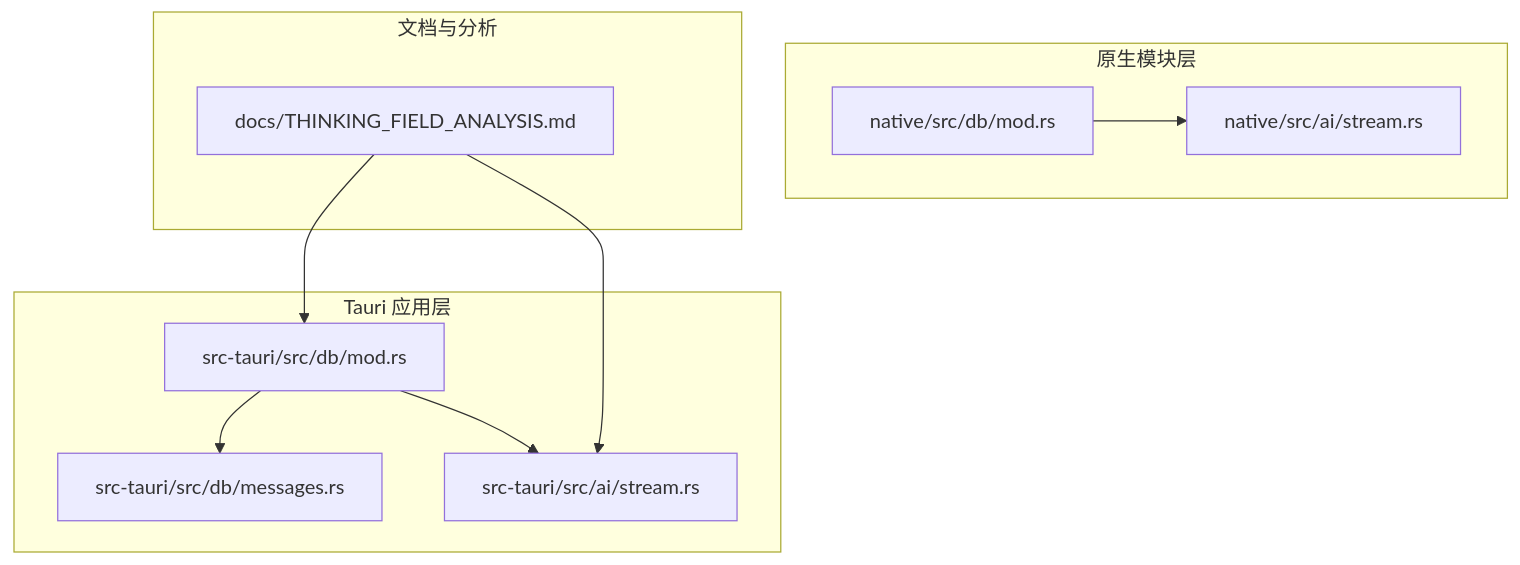
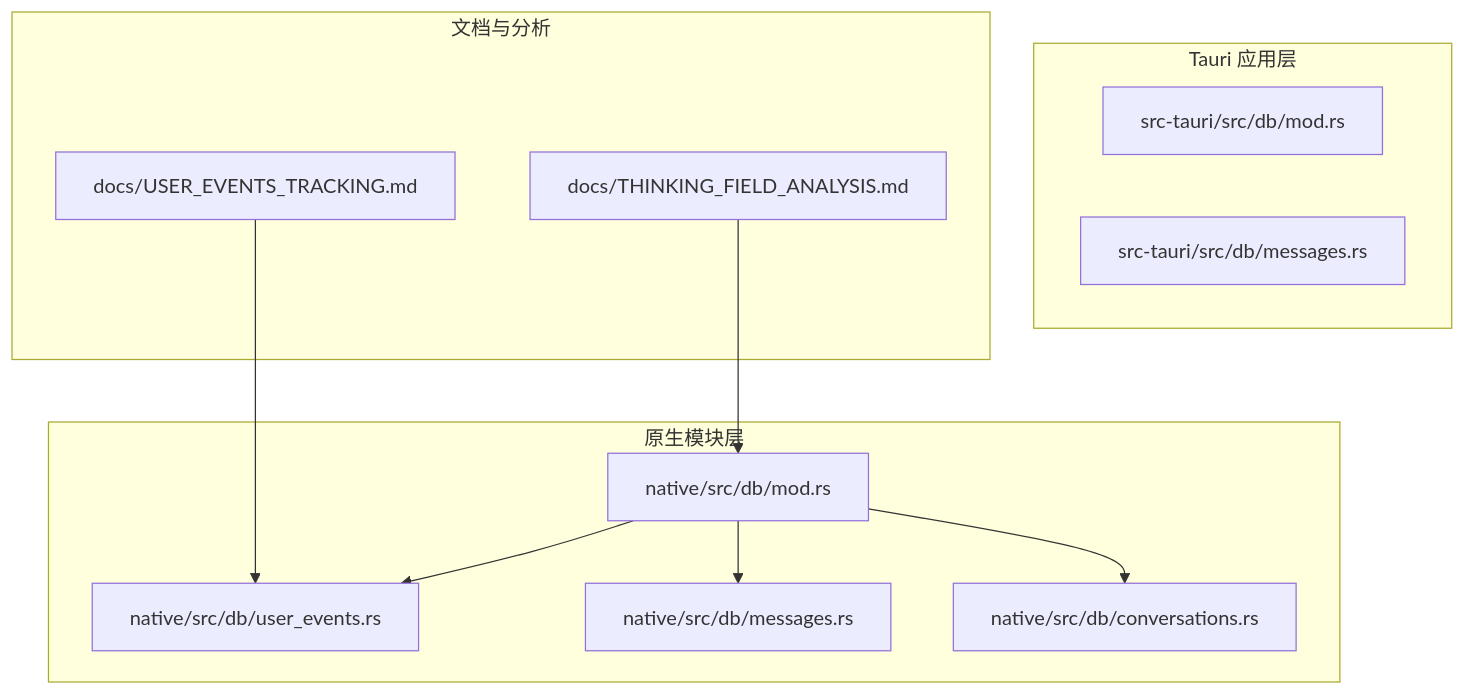
One commit to baike08/cosurf changed the first of 11 diagrams in .qoder/repowiki/zh/content/数据库设计/数据迁移策略.md. Above: the diagram before and after it, drawn with Mermaid. The commit also changed other lines of this file and 23 other files, not shown here.

````diff
--- a/.qoder/repowiki/zh/content/数据库设计/数据迁移策略.md
+++ b/.qoder/repowiki/zh/content/数据库设计/数据迁移策略.md
@@ -33,20 +42,22 @@
 ```mermaid
 graph TB
 subgraph "Tauri 应用层"
 TAURI_DB[src-tauri/src/db/mod.rs]
 TAURI_MESSAGES[src-tauri/src/db/messages.rs]
-TAURI_AI_STREAM[src-tauri/src/ai/stream.rs]
 end
 subgraph "原生模块层"
 NATIVE_DB[native/src/db/mod.rs]
-NATIVE_AI_STREAM[native/src/ai/stream.rs]
+NATIVE_USER_EVENTS[native/src/db/user_events.rs]
+NATIVE_MESSAGES[native/src/db/messages.rs]
+NATIVE_CONVERSATIONS[native/src/db/conversations.rs]
 end
 subgraph "文档与分析"
-DOCS[docs/THINKING_FIELD_ANALYSIS.md]
+DOCS[docs/USER_EVENTS_TRACKING.md]
+ANALYSIS[docs/THINKING_FIELD_ANALYSIS.md]
 end
-TAURI_DB --> TAURI_MESSAGES
-TAURI_DB --> TAURI_AI_STREAM
-NATIVE_DB --> NATIVE_AI_STREAM
-DOCS --> TAURI_AI_STREAM
-DOCS --> TAURI_DB
+NATIVE_DB --> NATIVE_USER_EVENTS
+NATIVE_DB --> NATIVE_MESSAGES
+NATIVE_DB --> NATIVE_CONVERSATIONS
+DOCS --> NATIVE_USER_EVENTS
+ANALYSIS --> NATIVE_DB
 ```
````
